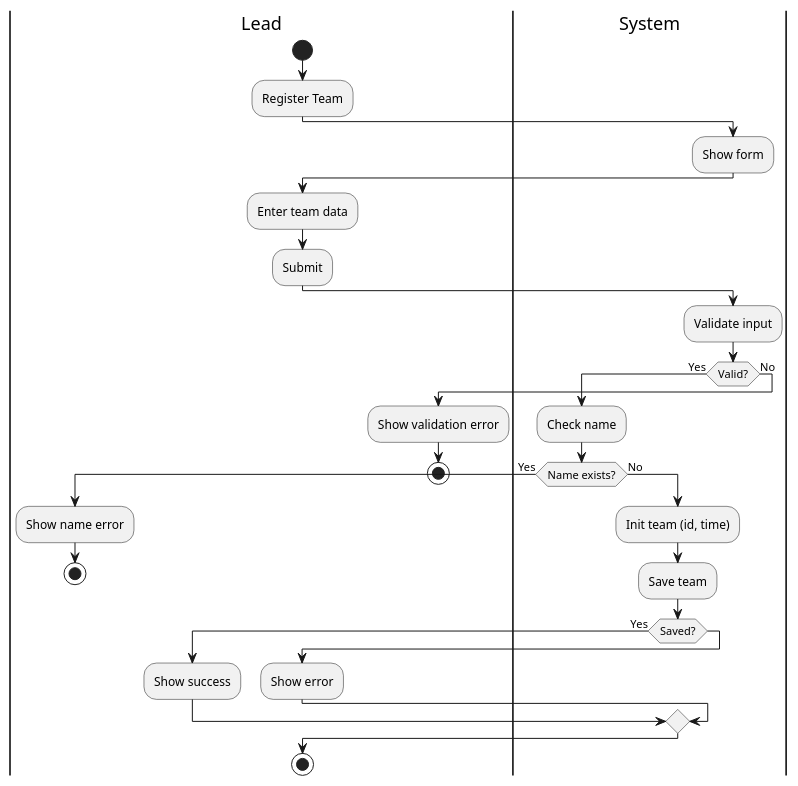
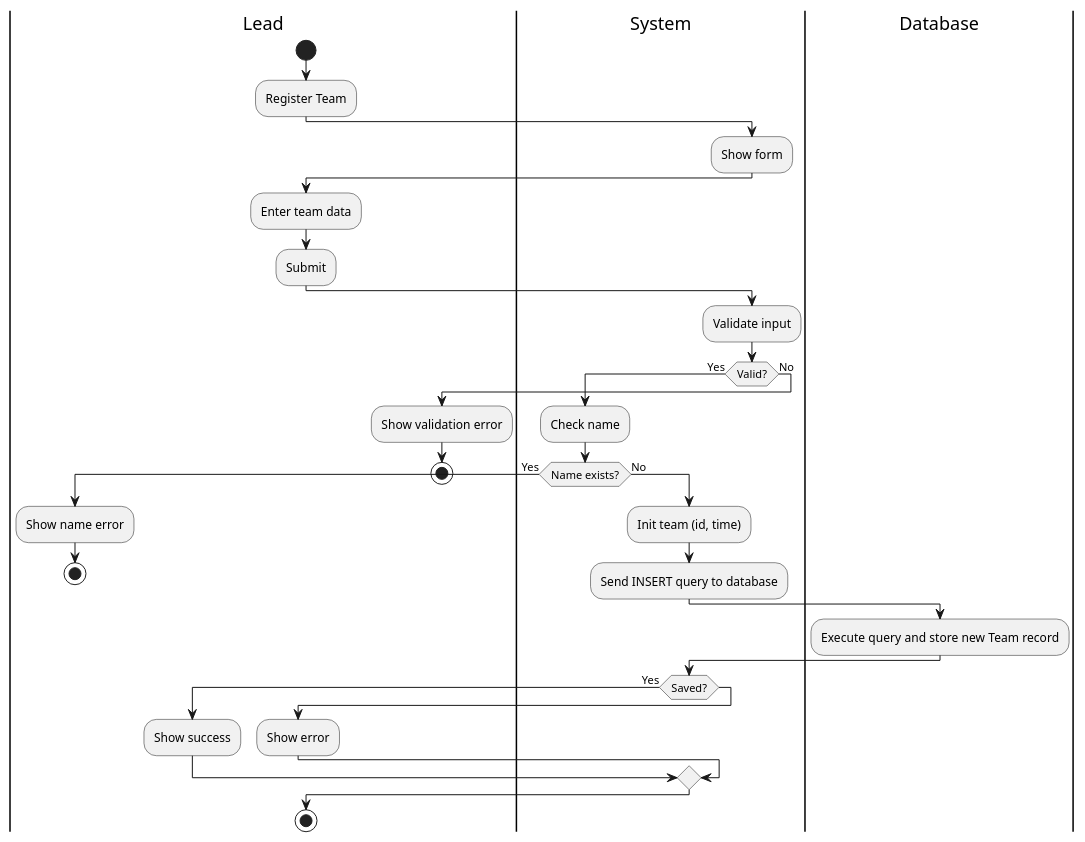
One commit to Berthou05/LimboSoftwareDevelopment_Change.org changed the diagram in documentation/activity_diagrams/TEAM-01-ActivityDiagram.puml. Above: the diagram before and after it, drawn with PlantUML. The commit also changed 6 other files, not shown here.

Commit message:
[DOCS] Corrections in activity and sequence diagrams

```diff
--- a/documentation/activity_diagrams/TEAM-01-ActivityDiagram.puml
+++ b/documentation/activity_diagrams/TEAM-01-ActivityDiagram.puml
@@ -1,49 +1,54 @@
 @startuml
 skinparam activityFlowDirection Down
 
 |Lead|
 start
 :Register Team;
 
 |System|
 :Show form;
 
 |Lead|
 :Enter team data;
 :Submit;
 
 |System|
 :Validate input;
 
 if (Valid?) then (Yes)
 
   :Check name;
 
   if (Name exists?) then (Yes)
     |Lead|
     :Show name error;
     stop
   else (No)
 
+
     |System|
     :Init team (id, time);
-    :Save team;
+    :Send INSERT query to database;
 
+    |Database|
+    :Execute query and store new Team record;
+
+    |System|
     if (Saved?) then (Yes)
       |Lead|
       :Show success;
     else
       |Lead|
       :Show error;
     endif
 
   endif
 
 else (No)
   |Lead|
   :Show validation error;
   stop
 endif
 
 stop
 @enduml
```
